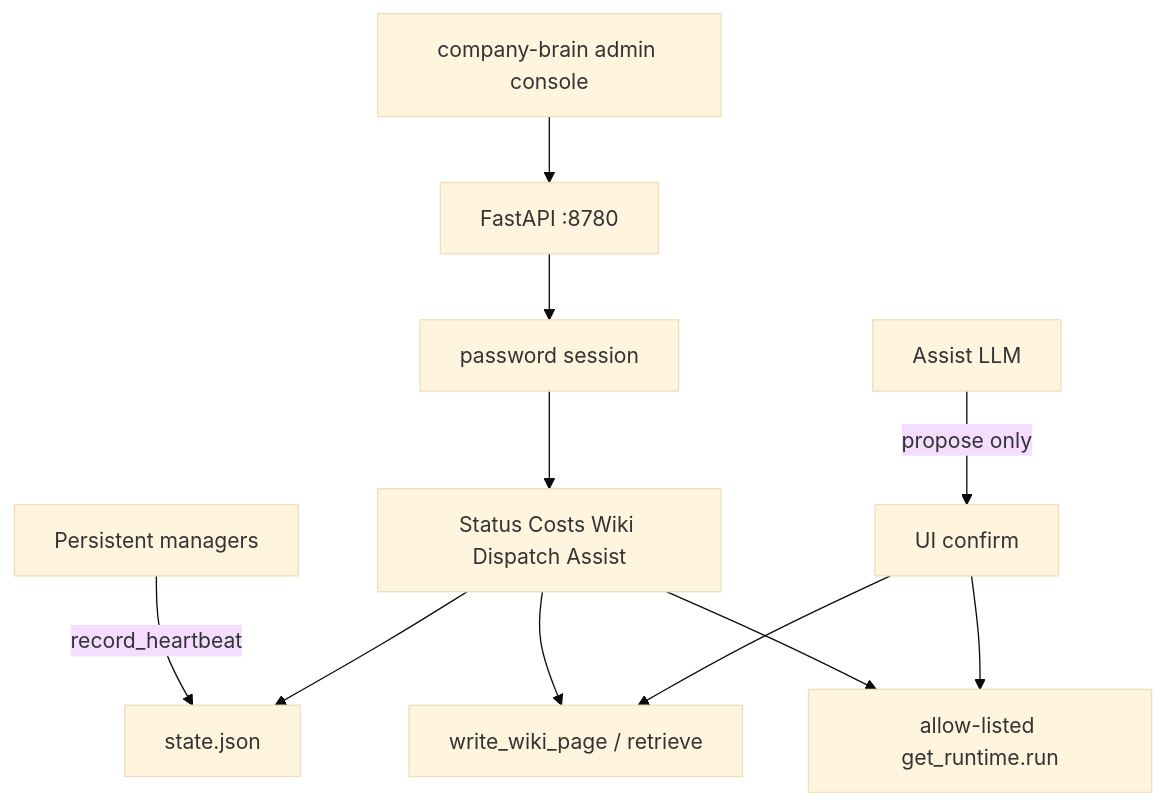
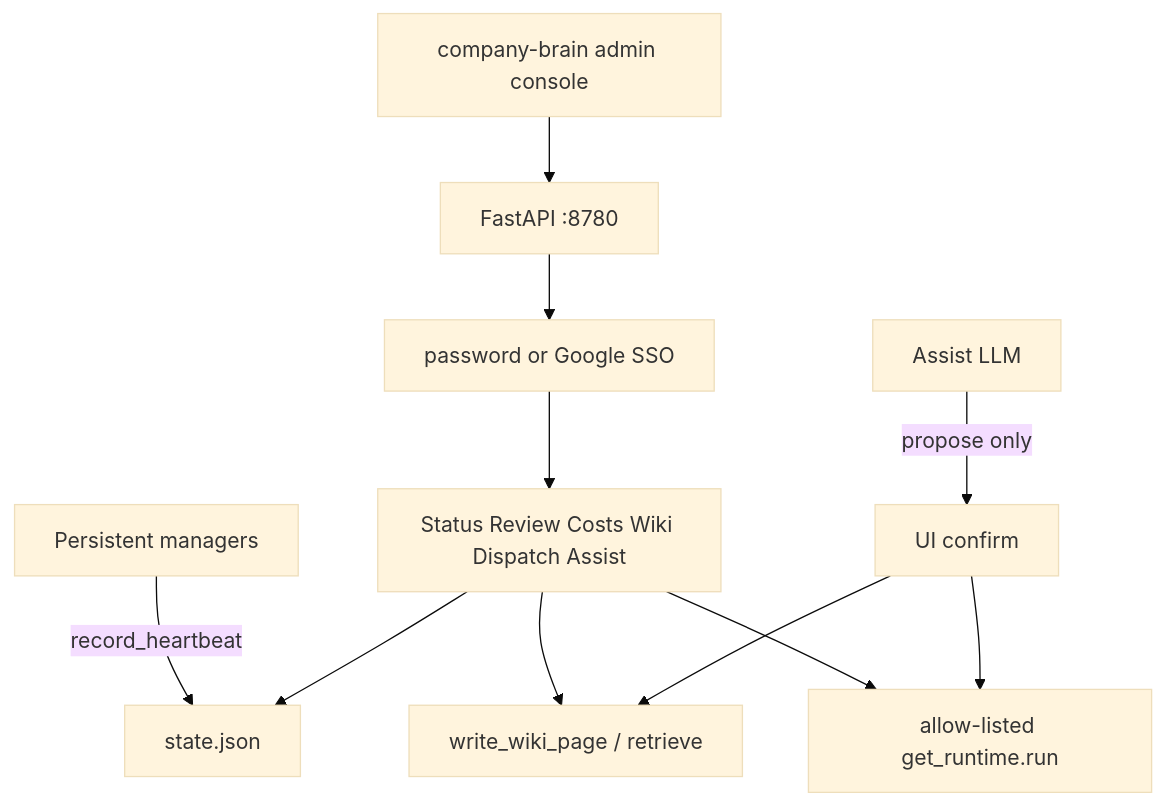
Before and after one commit to NickyHeC/4r7a: the second of 5 diagrams in docs/agents/admin.md, drawn with Mermaid (base theme). The commit also changed other lines of this file and 16 other files, not shown here.

First line of the commit message:
Add admin console Review pane and Google Workspace SSO.

````diff
--- a/docs/agents/admin.md
+++ b/docs/agents/admin.md
@@ -59,13 +59,13 @@
 ```mermaid
 flowchart TD
   CLI[company-brain admin console] --> Srv[FastAPI :8780]
-  Srv --> Login[password session]
-  Login --> Panes[Status Costs Wiki Dispatch Assist]
+  Srv --> Login[password or Google SSO]
+  Login --> Panes[Status Review Costs Wiki Dispatch Assist]
   Managers[Persistent managers] -->|record_heartbeat| HB[state.json]
   Panes --> HB
   Panes --> Wiki[write_wiki_page / retrieve]
   Panes --> Run[allow-listed get_runtime.run]
   Assist[Assist LLM] -->|propose only| Confirm[UI confirm]
   Confirm --> Wiki
   Confirm --> Run
 ```
````
